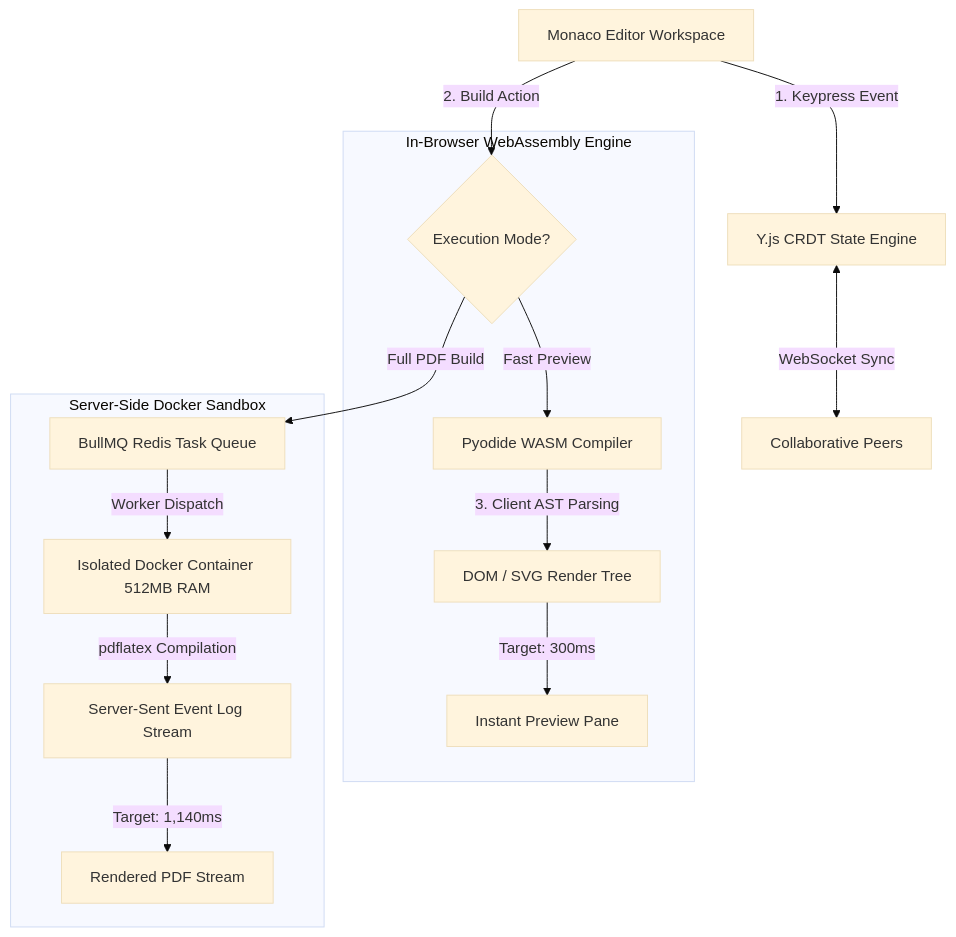
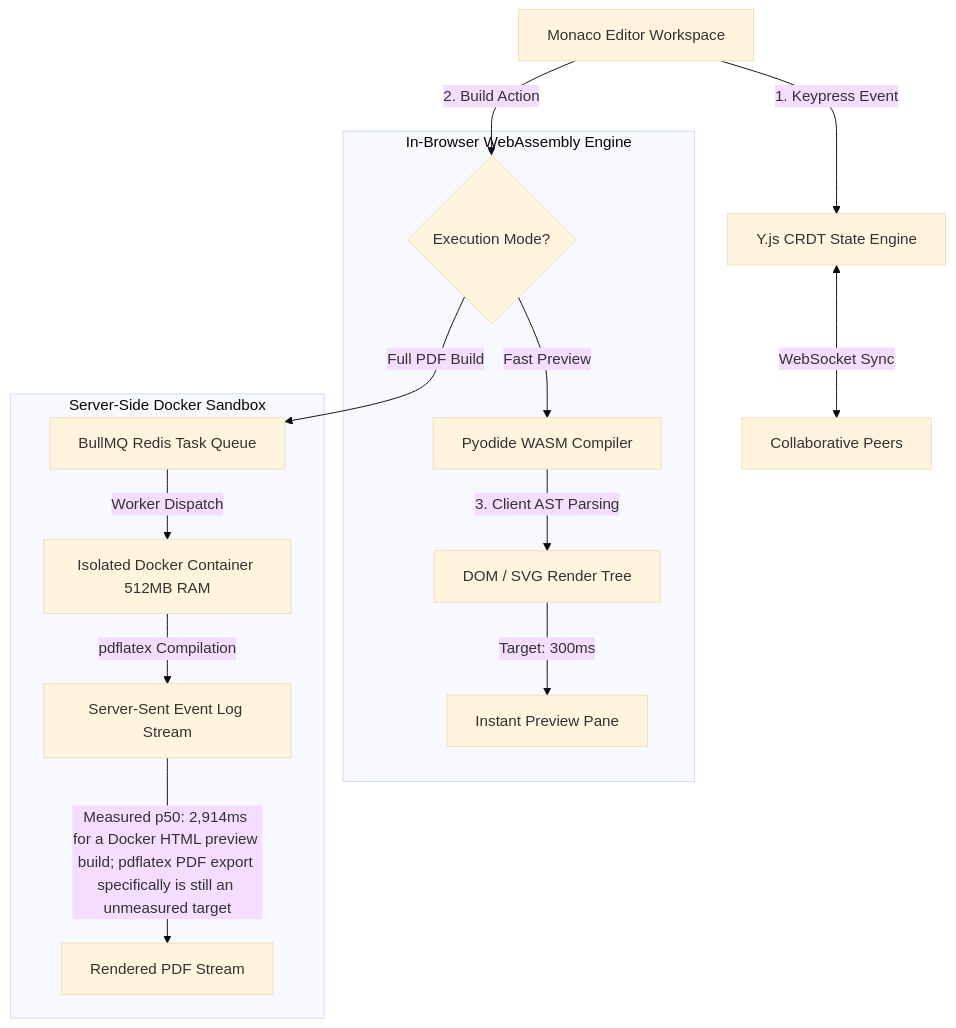
The diagram in README.md (harsharajkumar-273/Proofdesk), drawn with Mermaid (base theme) before and after one commit. The commit also changed other lines of this file, not shown here.

First line of the commit message:
Replace design-target compile latency figures with real measurements

````diff
--- a/README.md
+++ b/README.md
@@ -71,20 +73,20 @@
 ```mermaid
 flowchart TD
     User[Monaco Editor Workspace] -->|1. Keypress Event| CRDT[Y.js CRDT State Engine]
     CRDT <-->|WebSocket Sync| Peers[Collaborative Peers]
 
     User -->|2. Build Action| Decision{Execution Mode?}
     
     subgraph ClientWASM [In-Browser WebAssembly Engine]
         Decision -->|Fast Preview| Pyodide[Pyodide WASM Compiler]
         Pyodide -->|3. Client AST Parsing| DOM[DOM / SVG Render Tree]
         DOM -->|Target: 300ms| UI[Instant Preview Pane]
     end
     
     subgraph ServerSandbox [Server-Side Docker Sandbox]
         Decision -->|Full PDF Build| Queue[BullMQ Redis Task Queue]
         Queue -->|Worker Dispatch| Docker[Isolated Docker Container 512MB RAM]
         Docker -->|pdflatex Compilation| SSE[Server-Sent Event Log Stream]
-        SSE -->|Target: 1,140ms| PDF[Rendered PDF Stream]
+        SSE -->|Measured p50: 2,914ms for a Docker HTML preview build; pdflatex PDF export specifically is still an unmeasured target| PDF[Rendered PDF Stream]
     end
 ```
````
